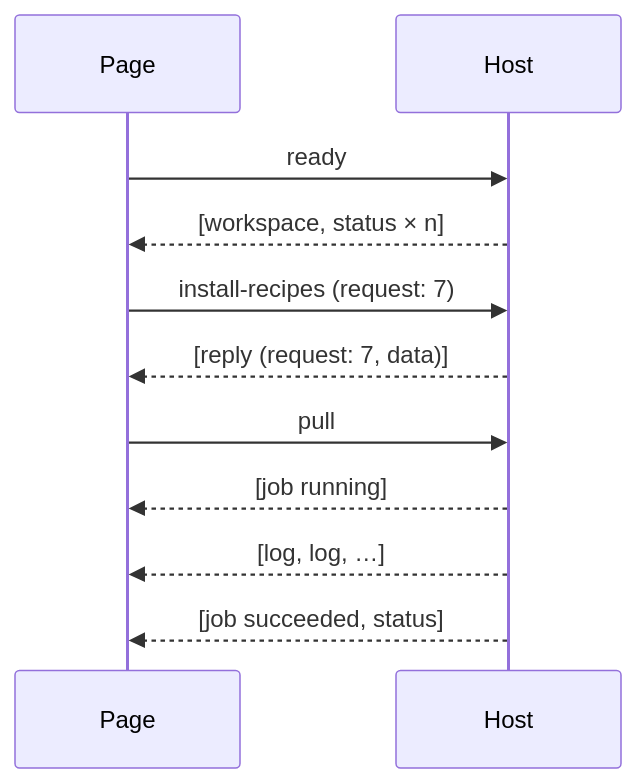
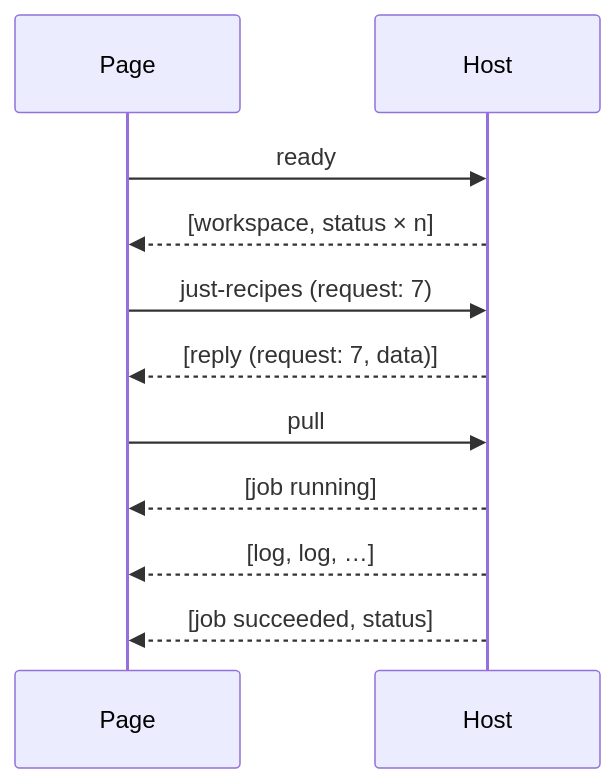
Before and after one commit to an-dr/dev-panel: the diagram in docs/design/protocol.md, drawn with Mermaid. The commit also changed other lines of this file and 26 other files, not shown here.

First line of the commit message:
feat(details)!: run just recipes from a large details window

````diff
--- a/docs/design/protocol.md
+++ b/docs/design/protocol.md
@@ -5,13 +5,13 @@
 ```mermaid
 sequenceDiagram
     participant P as Page
     participant H as Host
     P->>H: ready
     H-->>P: [workspace, status × n]
-    P->>H: install-recipes (request: 7)
+    P->>H: just-recipes (request: 7)
     H-->>P: [reply (request: 7, data)]
     P->>H: pull
     H-->>P: [job running]
     H-->>P: [log, log, …]
     H-->>P: [job succeeded, status]
 ```
````
